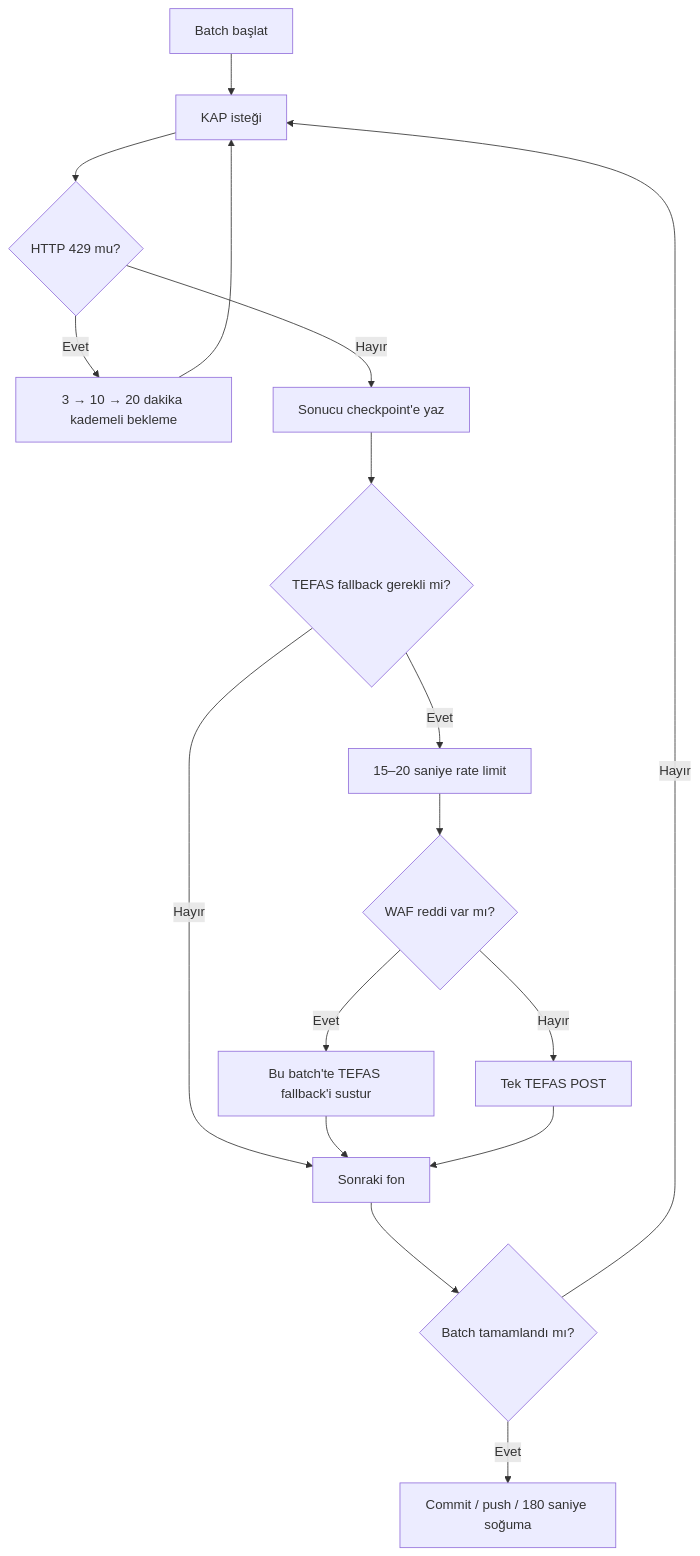
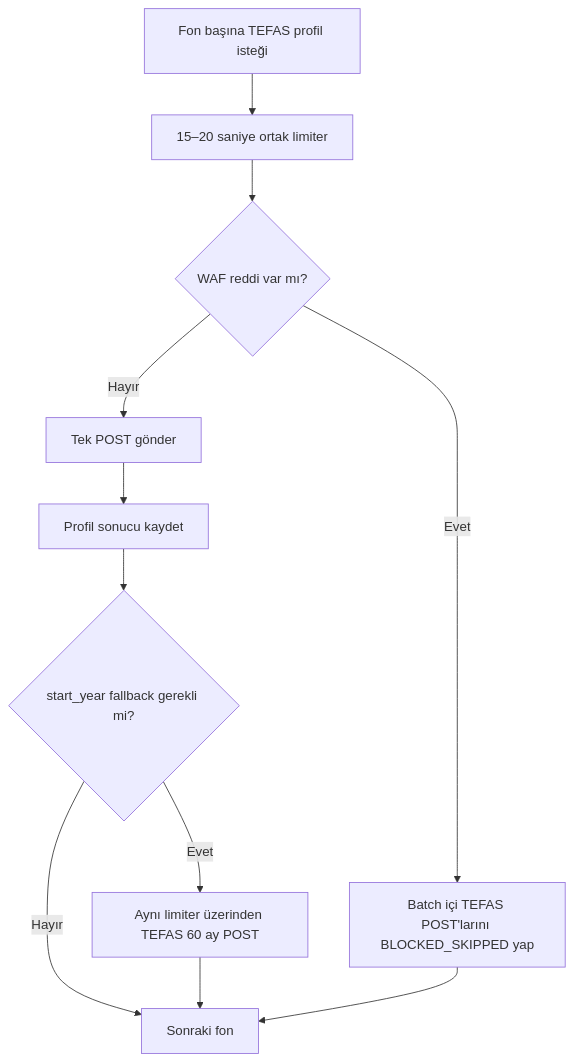
Before and after one commit to egemenkarabulut/PiyasaNabzi-KAP-YAT: diagram 13 of 19 in README.md, drawn with Mermaid. The commit also changed other lines of this file and 8 other files, not shown here.

````diff
--- a/README.md
+++ b/README.md
@@ -406,19 +486,13 @@
 ```mermaid
 flowchart TD
-    A["Batch başlat"] --> B["KAP isteği"]
-    B --> C{"HTTP 429 mu?"}
-    C -- "Evet" --> D["3 → 10 → 20 dakika kademeli bekleme"]
-    D --> B
-    C -- "Hayır" --> E["Sonucu checkpoint'e yaz"]
-    E --> F{"TEFAS fallback gerekli mi?"}
-    F -- "Hayır" --> G["Sonraki fon"]
-    F -- "Evet" --> H["15–20 saniye rate limit"]
-    H --> I{"WAF reddi var mı?"}
-    I -- "Evet" --> J["Bu batch'te TEFAS fallback'i sustur"]
-    I -- "Hayır" --> K["Tek TEFAS POST"]
-    J --> G
-    K --> G
-    G --> L{"Batch tamamlandı mı?"}
-    L -- "Hayır" --> B
-    L -- "Evet" --> M["Commit / push / 180 saniye soğuma"]
+    A["Fon başına TEFAS profil isteği"] --> B["15–20 saniye ortak limiter"]
+    B --> C{"WAF reddi var mı?"}
+    C -- "Evet" --> D["Batch içi TEFAS POST'larını BLOCKED_SKIPPED yap"]
+    C -- "Hayır" --> E["Tek POST gönder"]
+    E --> F["Profil sonucu kaydet"]
+    F --> G{"start_year fallback gerekli mi?"}
+    G -- "Evet" --> H["Aynı limiter üzerinden TEFAS 60 ay POST"]
+    G -- "Hayır" --> I["Sonraki fon"]
+    H --> I
+    D --> I
 ```
````
